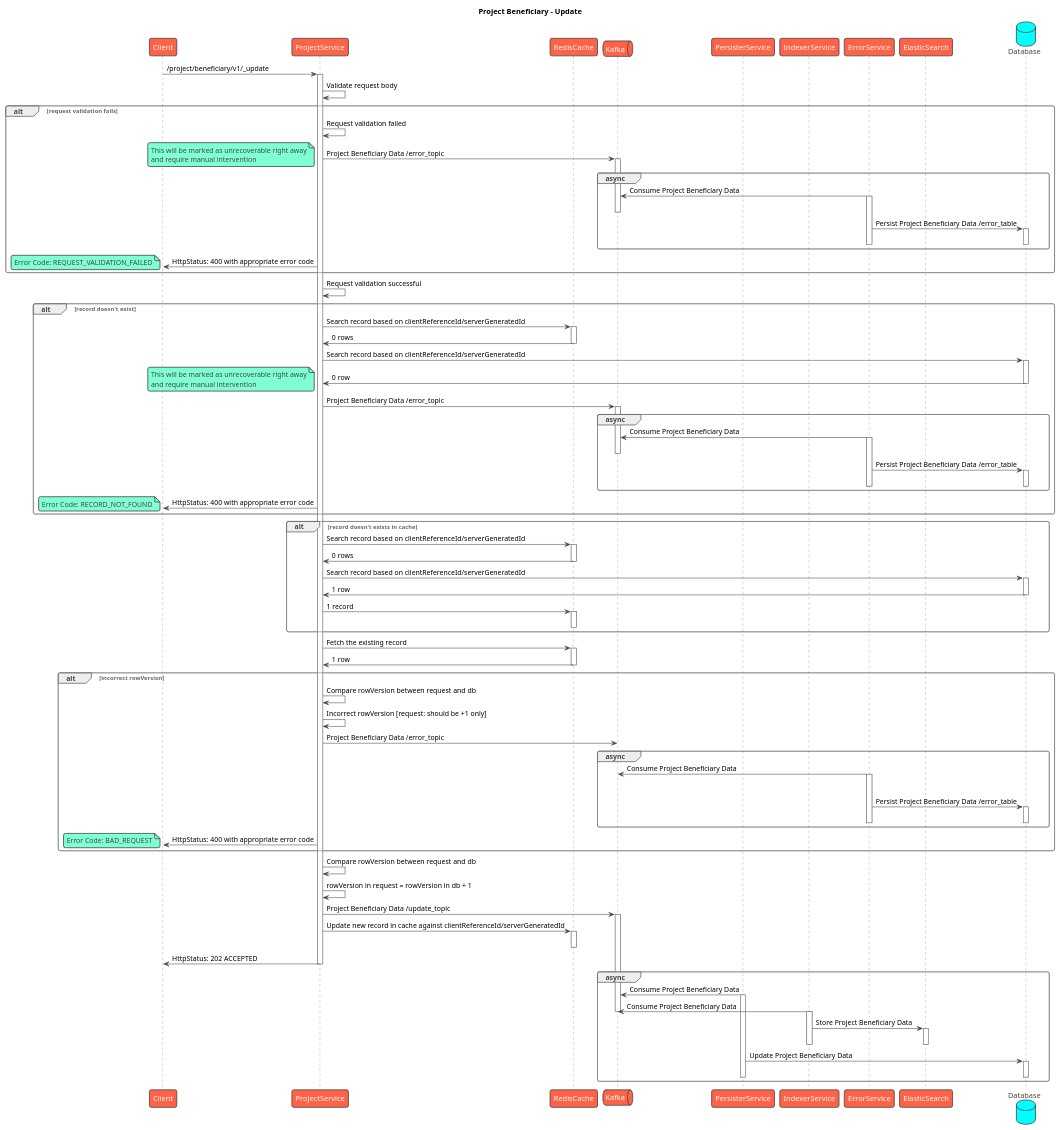
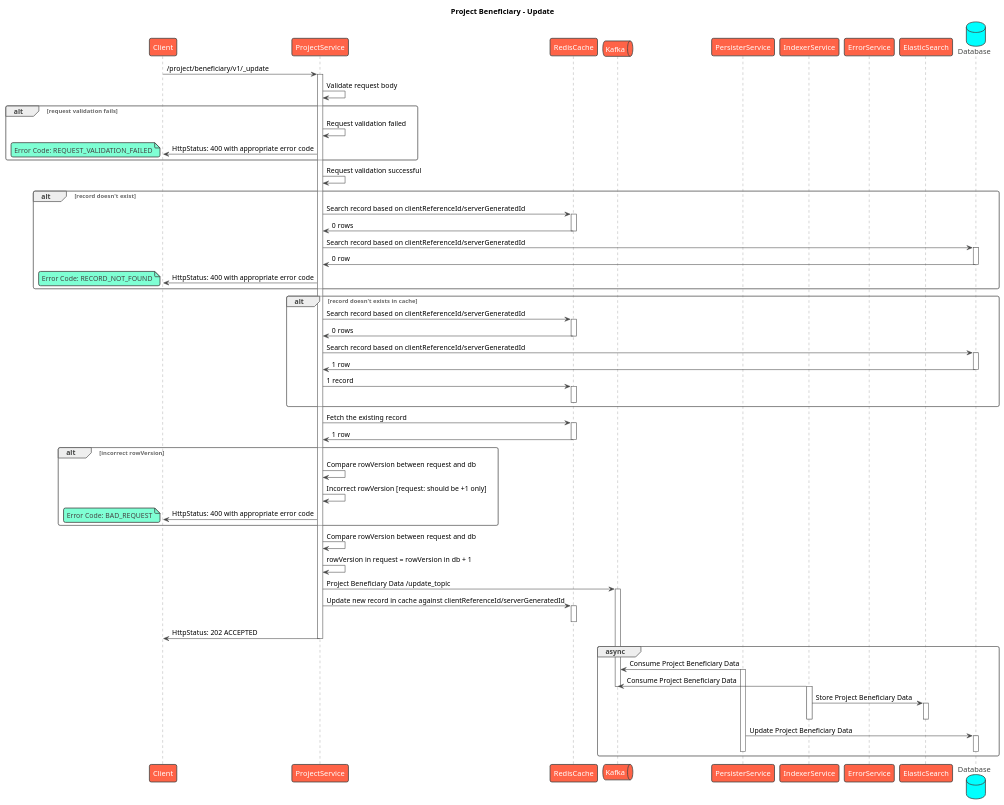
The diagram in sequence-diagrams/project/beneficiary/update.puml (egovernments/health-api-specs), drawn with PlantUML before and after one commit. The commit also changed 2 other files, not shown here.

Commit message:
Add UMLs for project beneficiary

```diff
--- a/sequence-diagrams/project/beneficiary/update.puml
+++ b/sequence-diagrams/project/beneficiary/update.puml
@@ -1,127 +1,88 @@
 @startuml
 title Project Beneficiary - Update
 !theme vibrant
 participant Client as c
 participant ProjectService as s
 participant RedisCache as rc
 queue Kafka as k
 participant PersisterService as prs
 participant IndexerService as idx
 participant ErrorService as es
 participant ElasticSearch as el
 database Database as db
 c -> s : /project/beneficiary/v1/_update
 activate s
 s -> s: Validate request body
 alt request validation fails
     s -> s: Request validation failed
-    s -> k: Project Beneficiary Data /error_topic
-    note left
-        This will be marked as unrecoverable right away
-        and require manual intervention
-    end note
-    activate k
-    group async
-        es -> k: Consume Project Beneficiary Data
-        activate es
-        deactivate k
-        es -> db: Persist Project Beneficiary Data /error_table
-        activate db
-        deactivate db
-        deactivate es
-    end
     s -> c: HttpStatus: 400 with appropriate error code
     note left
-        Error Code: REQUEST_VALIDATION_FAILED
+      Error Code: REQUEST_VALIDATION_FAILED
     end note
+
 end
 s -> s: Request validation successful
 alt record doesn't exist
     s -> rc: Search record based on clientReferenceId/serverGeneratedId
     activate rc
     rc -> s: 0 rows
     deactivate rc
     s -> db: Search record based on clientReferenceId/serverGeneratedId
     activate db
     db -> s: 0 row
     deactivate db
-    note left
-        This will be marked as unrecoverable right away
-        and require manual intervention
-    end note
-    s -> k: Project Beneficiary Data /error_topic
-    activate k
-    group async
-        es -> k: Consume Project Beneficiary Data
-        activate es
-        deactivate k
-        es -> db: Persist Project Beneficiary Data /error_table
-        activate db
-        deactivate db
-        deactivate es
-    end
     s -> c: HttpStatus: 400 with appropriate error code
     note left
       Error Code: RECORD_NOT_FOUND
     end note
 end
 alt record doesn't exists in cache
     s -> rc: Search record based on clientReferenceId/serverGeneratedId
     activate rc
     rc -> s: 0 rows
     deactivate rc
     s -> db: Search record based on clientReferenceId/serverGeneratedId
     activate db
     db -> s: 1 row
     deactivate db
     s -> rc: 1 record
     activate rc
     deactivate rc
 end
 s -> rc: Fetch the existing record
 activate rc
 rc -> s: 1 row
 deactivate rc
 alt incorrect rowVersion
     s -> s: Compare rowVersion between request and db
     s -> s: Incorrect rowVersion [request: should be +1 only]
-    s -> k: Project Beneficiary Data /error_topic
-    group async
-        es -> k: Consume Project Beneficiary Data
-        activate es
-        deactivate k
-        es -> db: Persist Project Beneficiary Data /error_table
-        activate db
-        deactivate db
-        deactivate es
-    end
     s -> c: HttpStatus: 400 with appropriate error code
     note left
       Error Code: BAD_REQUEST
     end note
 end
 s -> s: Compare rowVersion between request and db
 s -> s: rowVersion in request = rowVersion in db + 1
 s -> k: Project Beneficiary Data /update_topic
 activate k
 s -> rc: Update new record in cache against clientReferenceId/serverGeneratedId
 activate rc
 deactivate rc
 s -> c: HttpStatus: 202 ACCEPTED
 deactivate s
 group async
     prs -> k: Consume Project Beneficiary Data
     activate prs
     idx -> k: Consume Project Beneficiary Data
     deactivate k
     activate idx
     idx -> el: Store Project Beneficiary Data
     activate el
     deactivate el
     deactivate idx
     prs -> db: Update Project Beneficiary Data
     activate db
     deactivate db
     deactivate prs
 end
 @enduml
```
